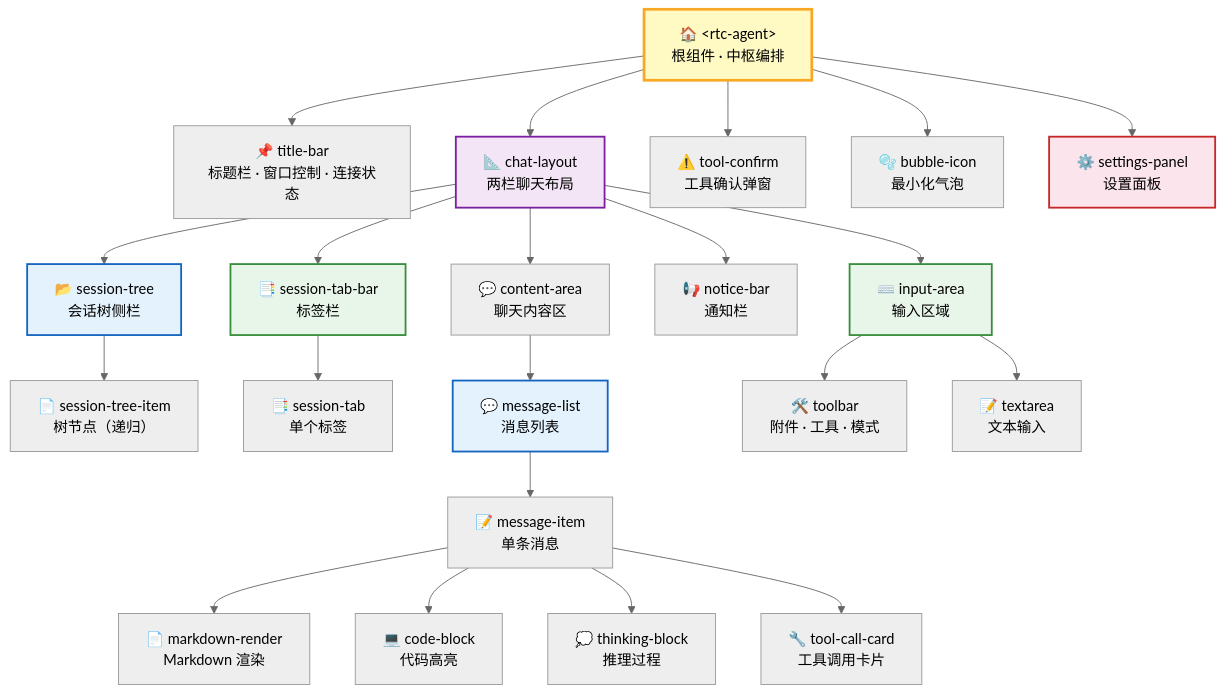
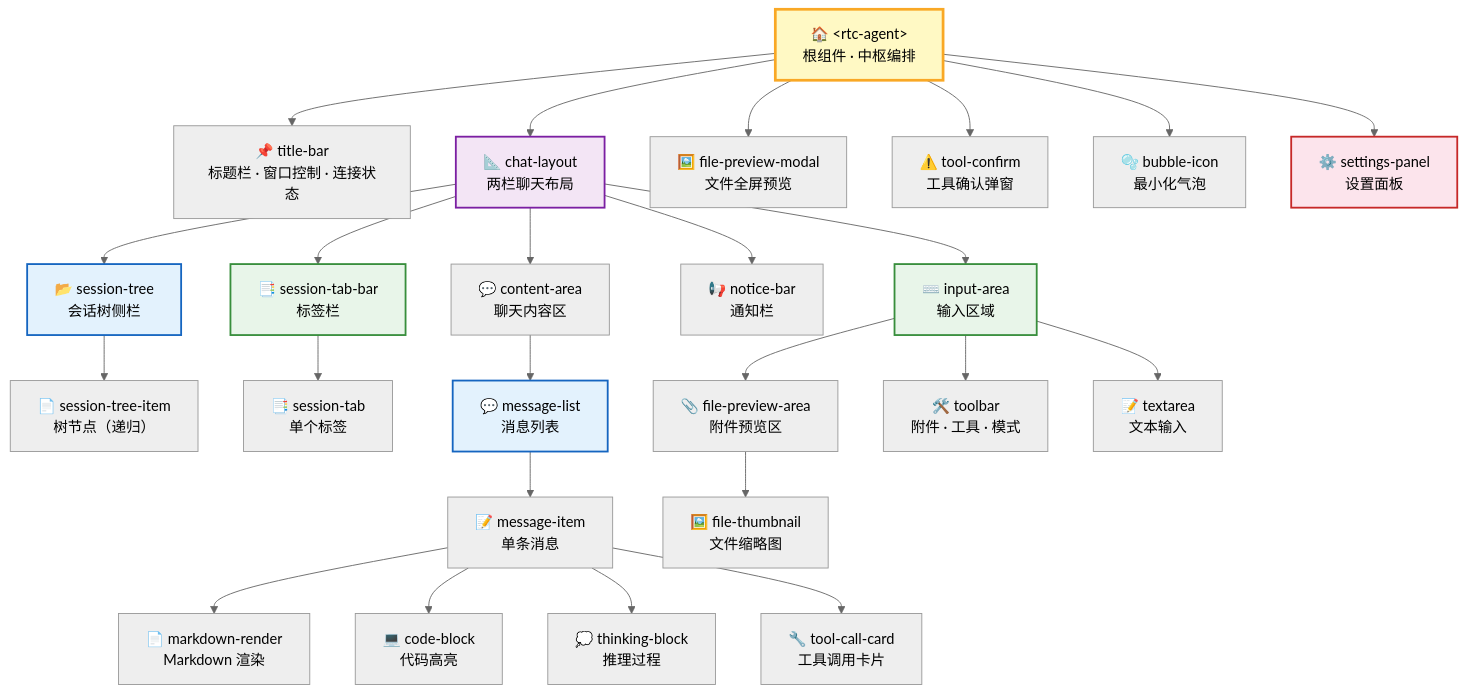
The first of 11 diagrams in src/content/docs/architecture/frontend.md (rtc-agent/docs), drawn with Mermaid (neutral theme) before and after one commit. The commit also changed other lines of this file and 7 other files, not shown here.

````diff
--- a/src/content/docs/architecture/frontend.md
+++ b/src/content/docs/architecture/frontend.md
@@ -10,39 +10,42 @@
 ```mermaid
 flowchart TD
     ROOT["🏠 &lt;rtc-agent&gt;<br/>根组件 · 中枢编排"]
 
     ROOT --> HEADER["📌 title-bar<br/>标题栏 · 窗口控制 · 连接状态"]
     ROOT --> LAYOUT["📐 chat-layout<br/>两栏聊天布局"]
 
     LAYOUT --> TREE["📂 session-tree<br/>会话树侧栏"]
     TREE --> TREEITEM["📄 session-tree-item<br/>树节点（递归）"]
 
     LAYOUT --> TABBAR["📑 session-tab-bar<br/>标签栏"]
     TABBAR --> TAB["📑 session-tab<br/>单个标签"]
 
     LAYOUT --> CONTENT["💬 content-area<br/>聊天内容区"]
     LAYOUT --> NOTICE["📢 notice-bar<br/>通知栏"]
     LAYOUT --> INPUT["⌨️ input-area<br/>输入区域"]
 
     CONTENT --> MSG["💬 message-list<br/>消息列表"]
     MSG --> MSGITEM["📝 message-item<br/>单条消息"]
     MSGITEM --> MD["📄 markdown-render<br/>Markdown 渲染"]
     MSGITEM --> CODE["💻 code-block<br/>代码高亮"]
     MSGITEM --> THINK["💭 thinking-block<br/>推理过程"]
     MSGITEM --> TOOL["🔧 tool-call-card<br/>工具调用卡片"]
 
+    INPUT --> FPA["📎 file-preview-area<br/>附件预览区"]
+    FPA --> THUMB["🖼️ file-thumbnail<br/>文件缩略图"]
     INPUT --> TOOLBAR["🛠️ toolbar<br/>附件 · 工具 · 模式"]
     INPUT --> TA["📝 textarea<br/>文本输入"]
 
+    ROOT --> FPM["🖼️ file-preview-modal<br/>文件全屏预览"]
     ROOT --> CONFIRM["⚠️ tool-confirm<br/>工具确认弹窗"]
     ROOT --> BUBBLE["🫧 bubble-icon<br/>最小化气泡"]
     ROOT --> SETTINGS_PANEL["⚙️ settings-panel<br/>设置面板"]
 
     style ROOT fill:#fff9c4,stroke:#f9a825,stroke-width:3px
     style LAYOUT fill:#f3e5f5,stroke:#7b1fa2,stroke-width:2px
     style TREE fill:#e3f2fd,stroke:#1565c0,stroke-width:2px
     style TABBAR fill:#e8f5e9,stroke:#388e3c,stroke-width:2px
     style MSG fill:#e3f2fd,stroke:#1565c0,stroke-width:2px
     style INPUT fill:#e8f5e9,stroke:#388e3c,stroke-width:2px
     style SETTINGS_PANEL fill:#fce4ec,stroke:#c62828,stroke-width:2px
 ```
````
